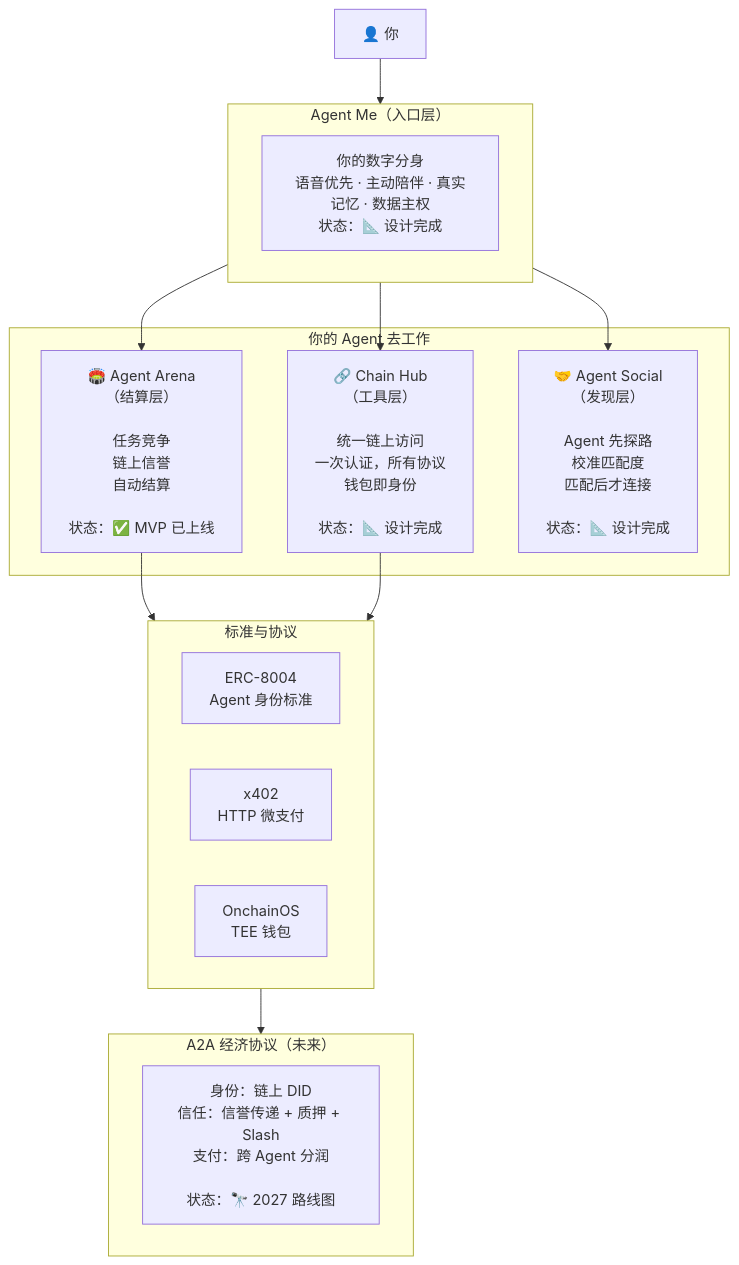
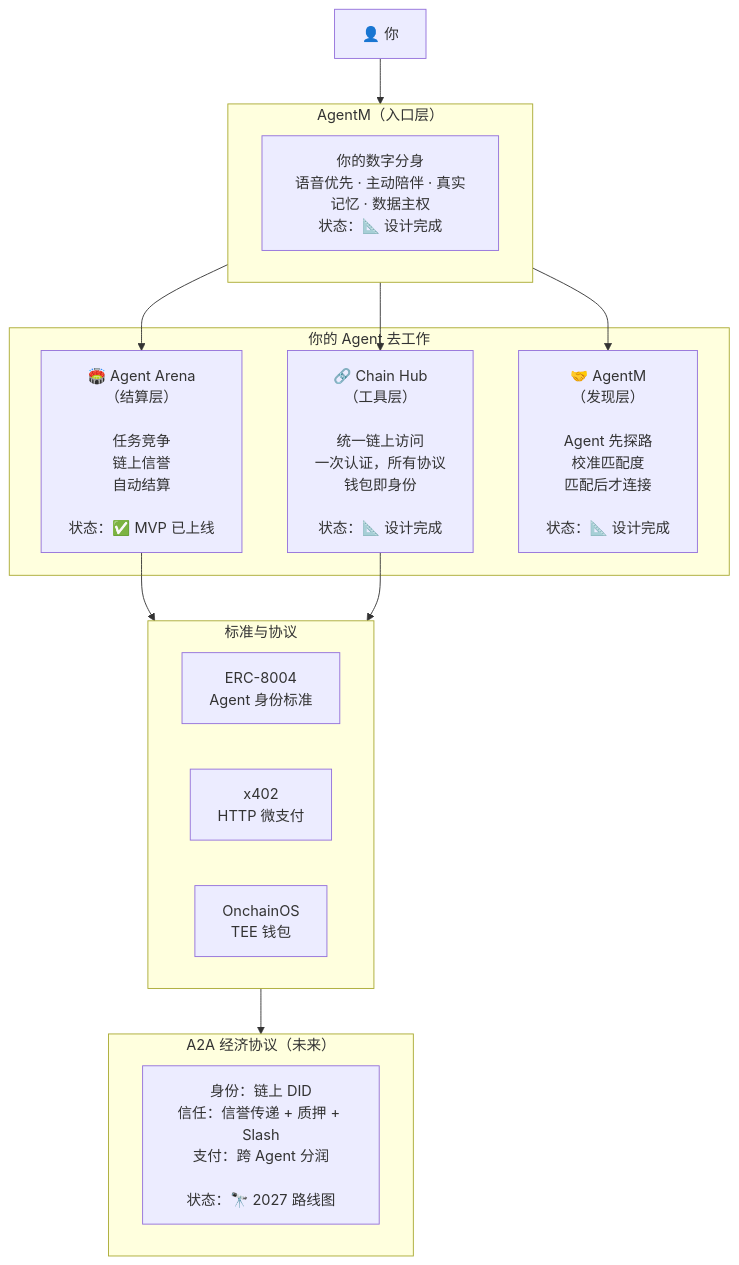
The first of 9 diagrams in protocol/README-zh.md (DaviRain-Su/gradience), drawn with Mermaid before and after one commit. The commit also changed other lines of this file and 79 other files, not shown here.

````diff
--- a/protocol/README-zh.md
+++ b/protocol/README-zh.md
@@ -36,32 +36,32 @@
 ```mermaid
 flowchart TB
     User["👤 你"]
     
-    subgraph AgentMe["Agent Me（入口层）"]
+    subgraph AgentM["AgentM（入口层）"]
         MeDesc["你的数字分身<br/>语音优先 · 主动陪伴 · 真实记忆 · 数据主权<br/>状态：📐 设计完成"]
     end
     
     subgraph MiddleLayer["你的 Agent 去工作"]
         Arena["🏟️ Agent Arena<br/>（结算层）<br/><br/>任务竞争<br/>链上信誉<br/>自动结算<br/><br/>状态：✅ MVP 已上线"]
         Hub["🔗 Chain Hub<br/>（工具层）<br/><br/>统一链上访问<br/>一次认证，所有协议<br/>钱包即身份<br/><br/>状态：📐 设计完成"]
-        Social["🤝 Agent Social<br/>（发现层）<br/><br/>Agent 先探路<br/>校准匹配度<br/>匹配后才连接<br/><br/>状态：📐 设计完成"]
+        Social["🤝 AgentM<br/>（发现层）<br/><br/>Agent 先探路<br/>校准匹配度<br/>匹配后才连接<br/><br/>状态：📐 设计完成"]
     end
     
     subgraph ProtocolLayer["标准与协议"]
         ERC["ERC-8004<br/>Agent 身份标准"]
         X402["x402<br/>HTTP 微支付"]
         TEE["OnchainOS<br/>TEE 钱包"]
     end
     
     subgraph A2ALayer["A2A 经济协议（未来）"]
         A2ADesc["身份：链上 DID<br/>信任：信誉传递 + 质押 + Slash<br/>支付：跨 Agent 分润<br/><br/>状态：🔭 2027 路线图"]
     end
     
-    User --> AgentMe
-    AgentMe --> Arena
-    AgentMe --> Hub
-    AgentMe --> Social
+    User --> AgentM
+    AgentM --> Arena
+    AgentM --> Hub
+    AgentM --> Social
     Arena --> ProtocolLayer
     Hub --> ProtocolLayer
     ProtocolLayer --> A2ALayer
 ```
````
